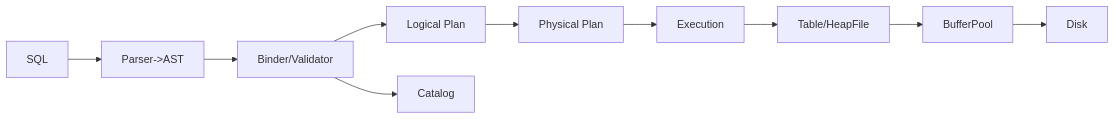
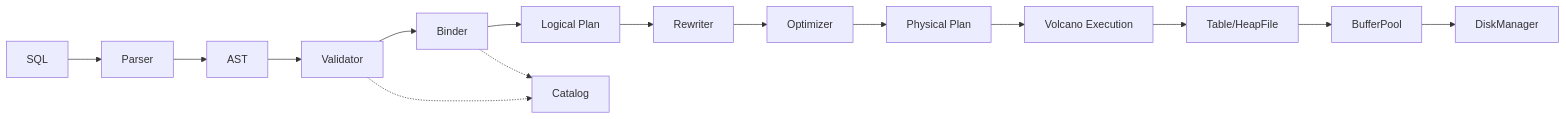
Before and after one commit to Anupam0401/evolvdb: the second of 14 diagrams in README.md, drawn with Mermaid. The commit also changed other lines of this file and 5 other files, not shown here.

Commit message:
feat: m12: update architecture diagrams and readme

````diff
--- a/README.md
+++ b/README.md
@@ -92,6 +135,8 @@
 ```mermaid
 flowchart LR
-  SQL --> P[Parser->AST] --> B[Binder/Validator] --> L[Logical Plan] --> Ph[Physical Plan] --> X[Execution]
-  X --> T[Table/HeapFile] --> BP[BufferPool] --> DM[Disk]
-  B --> C[Catalog]
+  SQL --> P[Parser] --> AST[AST] --> V[Validator] --> B[Binder] --> L[Logical Plan]
+  L --> RW[Rewriter] --> O[Optimizer] --> PP[Physical Plan] --> X[Volcano Execution]
+  X --> T[Table/HeapFile] --> BP[BufferPool] --> DM[DiskManager]
+  B -.-> C[Catalog]
+  V -.-> C
 ```
````
